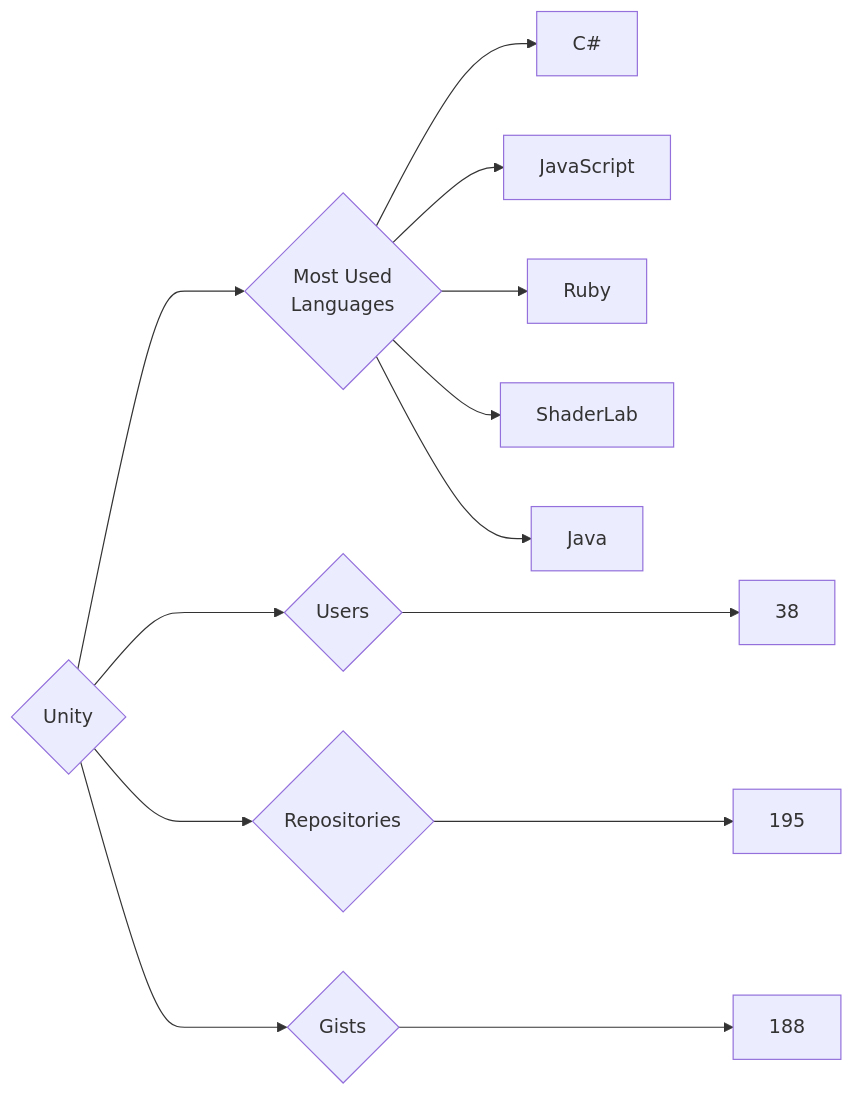
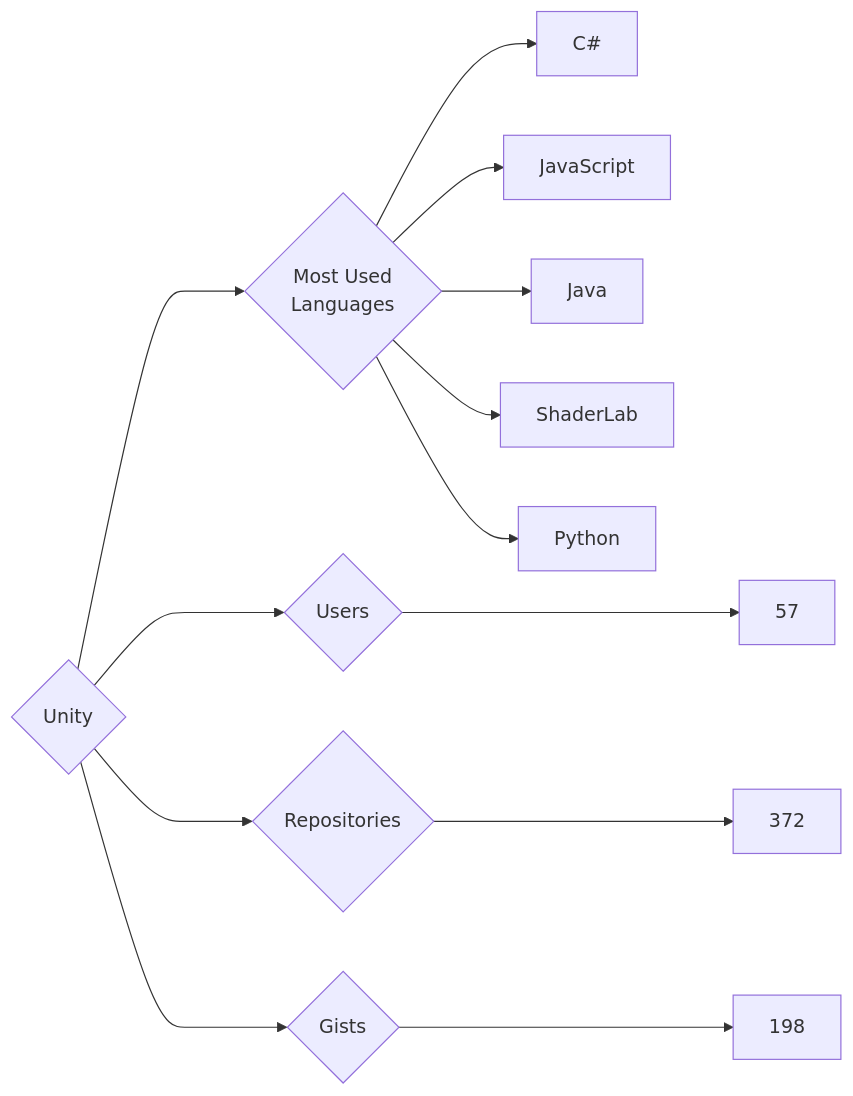
The diagram in targets/Unity/README.md (trickest/insiders), drawn with Mermaid before and after one commit. The commit also changed 953 other files, not shown here.

````diff
--- a/targets/Unity/README.md
+++ b/targets/Unity/README.md
@@ -3,13 +3,13 @@
 ```mermaid
 graph LR
 COMPANY_NAME{Unity}
-COMPANY_NAME ---> U{Users} ---> UN[38]
-COMPANY_NAME ---> R{Repositories} ---> RN[195]
-COMPANY_NAME ---> G{Gists} ---> GN[188]
+COMPANY_NAME ---> U{Users} ---> UN[57]
+COMPANY_NAME ---> R{Repositories} ---> RN[372]
+COMPANY_NAME ---> G{Gists} ---> GN[198]
 COMPANY_NAME ---> ML{Most Used<br>Languages}
 ML --> C#[C#]
 ML --> JavaScript[JavaScript]
-ML --> Ruby[Ruby]
+ML --> Java[Java]
 ML --> ShaderLab[ShaderLab]
-ML --> Java[Java]
+ML --> Python[Python]
 ```
````
